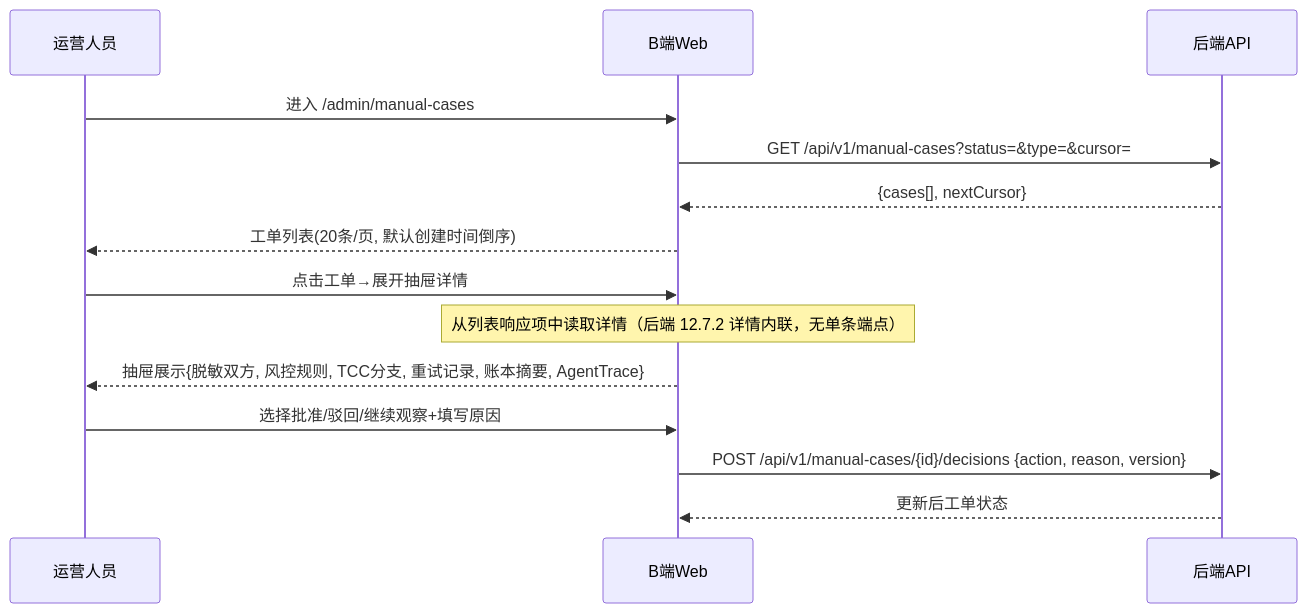
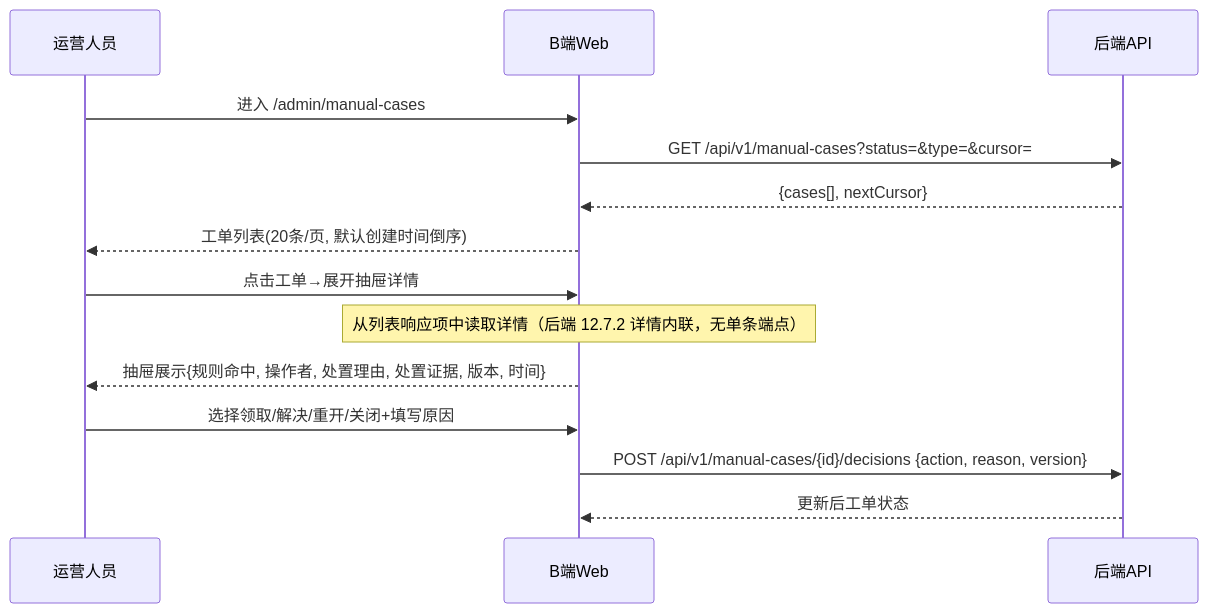
One commit to JN6565/MiniAlalipay changed diagram 23 of 36 in docs/minialalipay/miniaialipay -frontend-system-analysis.md. Above: the diagram before and after it, drawn with Mermaid. The commit also changed other lines of this file and 4 other files, not shown here.

````diff
--- a/docs/minialalipay/miniaialipay -frontend-system-analysis.md
+++ b/docs/minialalipay/miniaialipay -frontend-system-analysis.md
@@ -1566,16 +1566,16 @@
 ```mermaid
 sequenceDiagram
     participant O as 运营人员
     participant Web as B端Web
     participant API as 后端API
     O->>Web: 进入 /admin/manual-cases
     Web->>API: GET /api/v1/manual-cases?status=&type=&cursor=
     API-->>Web: {cases[], nextCursor}
     Web-->>O: 工单列表(20条/页, 默认创建时间倒序)
     O->>Web: 点击工单→展开抽屉详情
     Note over Web: 从列表响应项中读取详情（后端 12.7.2 详情内联，无单条端点）
-    Web-->>O: 抽屉展示{脱敏双方, 风控规则, TCC分支, 重试记录, 账本摘要, AgentTrace}
-    O->>Web: 选择批准/驳回/继续观察+填写原因
+    Web-->>O: 抽屉展示{规则命中, 操作者, 处置理由, 处置证据, 版本, 时间}
+    O->>Web: 选择领取/解决/重开/关闭+填写原因
     Web->>API: POST /api/v1/manual-cases/{id}/decisions {action, reason, version}
     API-->>Web: 更新后工单状态
 ```
````
